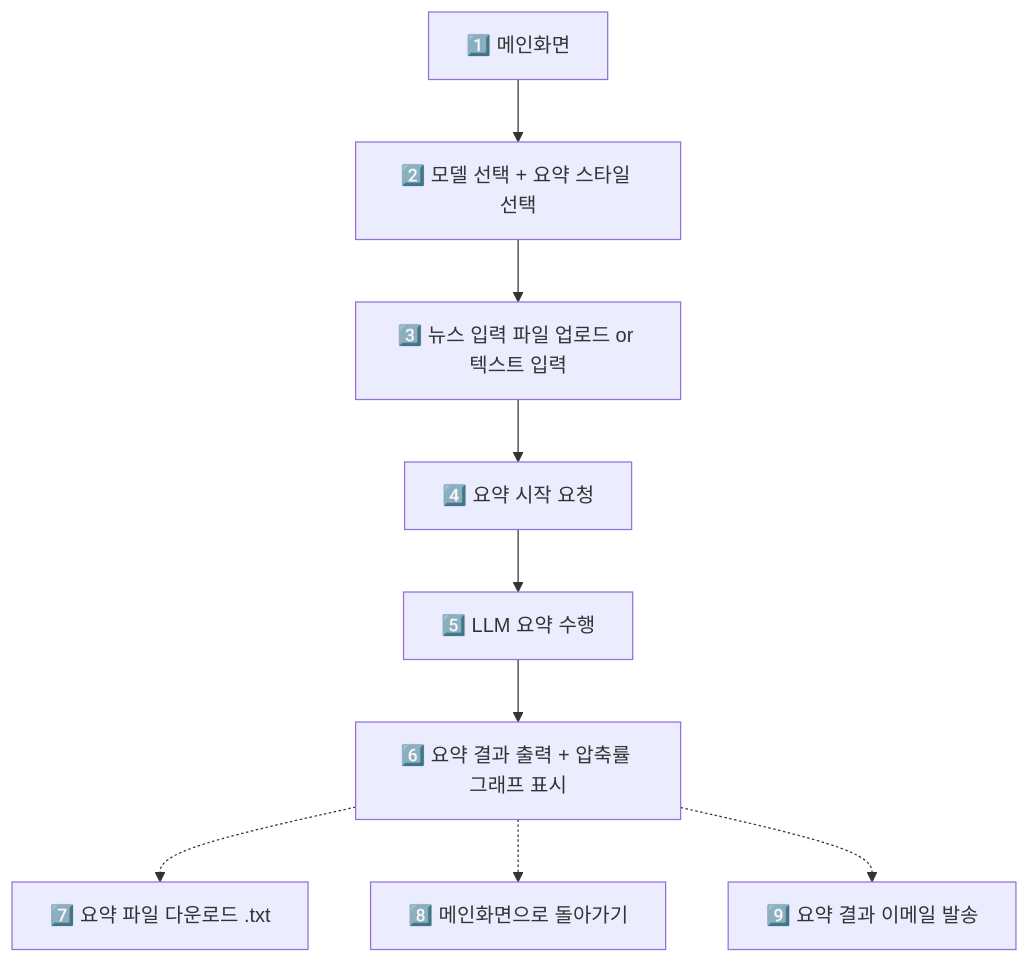
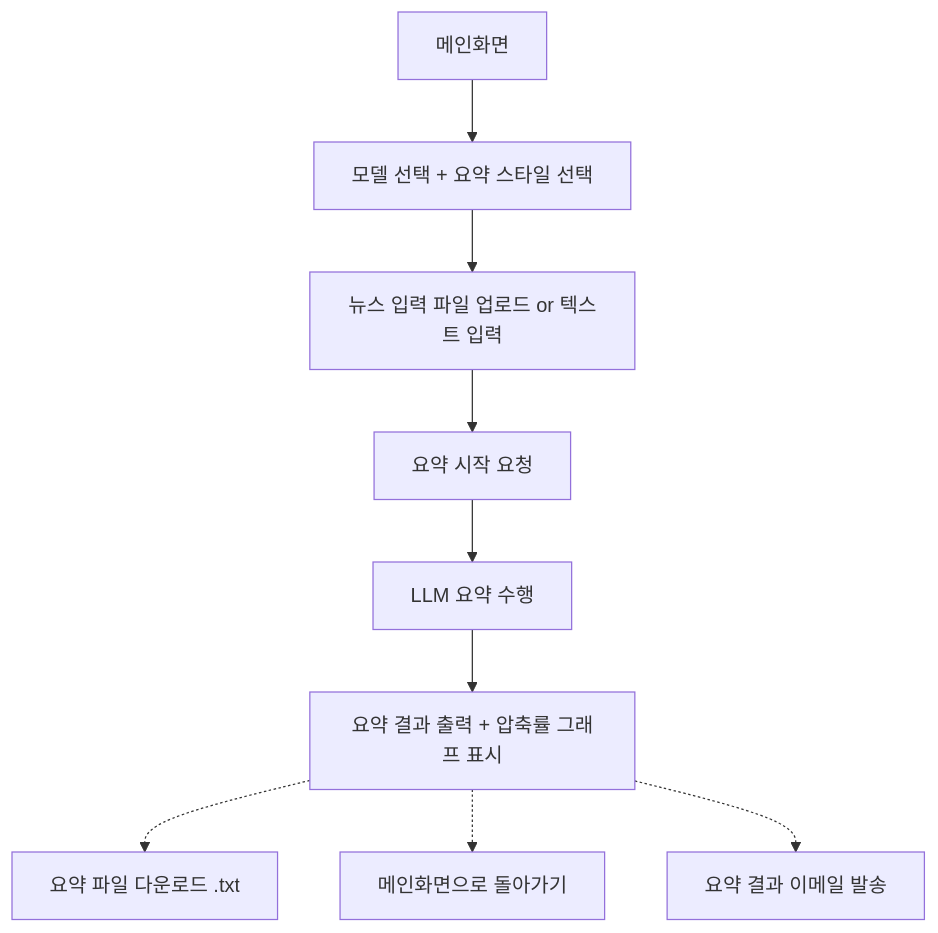
The first of 2 diagrams in 중간보고서.md (HenryPark62/AI_News_Summary), drawn with Mermaid before and after one commit. The commit also changed other lines of this file, not shown here.

````diff
--- a/중간보고서.md
+++ b/중간보고서.md
@@ -62,12 +62,12 @@
 ```mermaid
 flowchart TB
-    A[1️⃣ 메인화면] --> B[2️⃣ 모델 선택 + 요약 스타일 선택]
-    B --> C[3️⃣ 뉴스 입력 파일 업로드 or 텍스트 입력]
-    C --> D[4️⃣ 요약 시작 요청]
-    D --> E[5️⃣ LLM 요약 수행]
-    E --> F[6️⃣ 요약 결과 출력 + 압축률 그래프 표시]
-    F -.-> G1[7️⃣ 요약 파일 다운로드 .txt]
-    F -.-> G2[8️⃣ 메인화면으로 돌아가기]
-    F -.-> G3[9️⃣ 요약 결과 이메일 발송]
+    A[메인화면] --> B[모델 선택 + 요약 스타일 선택]
+    B --> C[뉴스 입력 파일 업로드 or 텍스트 입력]
+    C --> D[요약 시작 요청]
+    D --> E[LLM 요약 수행]
+    E --> F[요약 결과 출력 + 압축률 그래프 표시]
+    F -.-> G1[요약 파일 다운로드 .txt]
+    F -.-> G2[메인화면으로 돌아가기]
+    F -.-> G3[요약 결과 이메일 발송]
     
 ```
````
